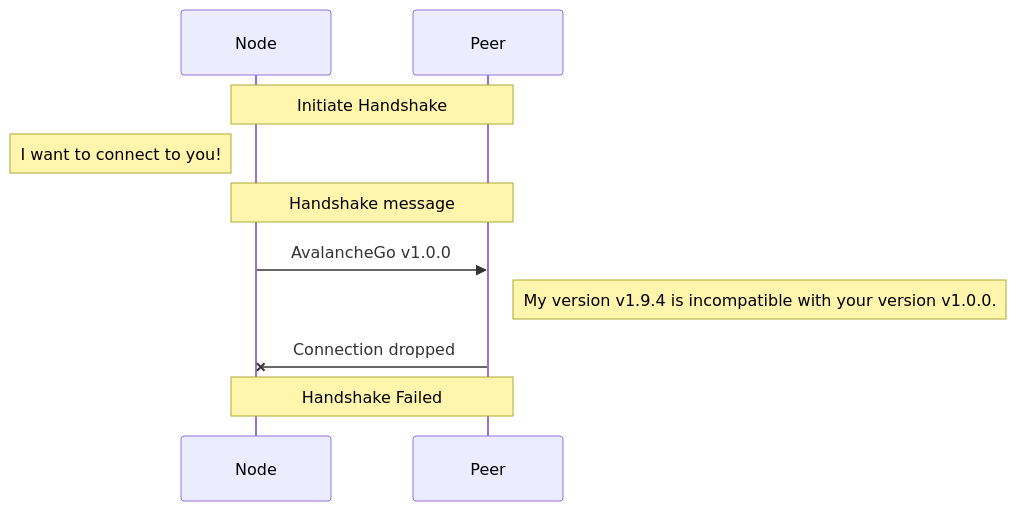
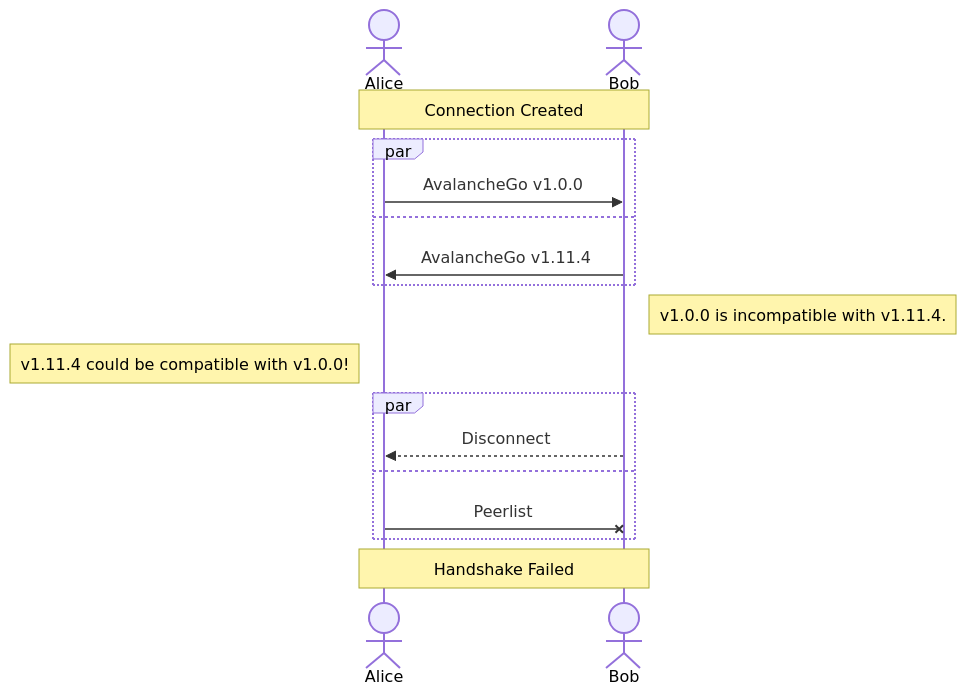
Before and after one commit to luxfi/node: the second of 5 diagrams in network/README.md, drawn with Mermaid. The commit also changed other lines of this file, not shown here.

````diff
--- a/network/README.md
+++ b/network/README.md
@@ -59,10 +62,19 @@
 ```mermaid
 sequenceDiagram
-Note over Node,Peer: Initiate Handshake
-Note left of Node: I want to connect to you!
-Note over Node,Peer: Handshake message
-Node->>Peer: AvalancheGo v1.0.0
-Note right of Peer: My version v1.9.4 is incompatible with your version v1.0.0.
-Peer-xNode: Connection dropped
-Note over Node,Peer: Handshake Failed
+    actor Alice
+    actor Bob
+    Note over Alice,Bob: Connection Created
+    par
+        Alice->>Bob: AvalancheGo v1.0.0
+    and
+        Bob->>Alice: AvalancheGo v1.11.4
+    end
+    Note right of Bob: v1.0.0 is incompatible with v1.11.4.
+    Note left of Alice: v1.11.4 could be compatible with v1.0.0!
+    par
+        Bob-->>Alice: Disconnect
+    and
+        Alice-XBob: Peerlist
+    end
+    Note over Alice,Bob: Handshake Failed
 ```
````
